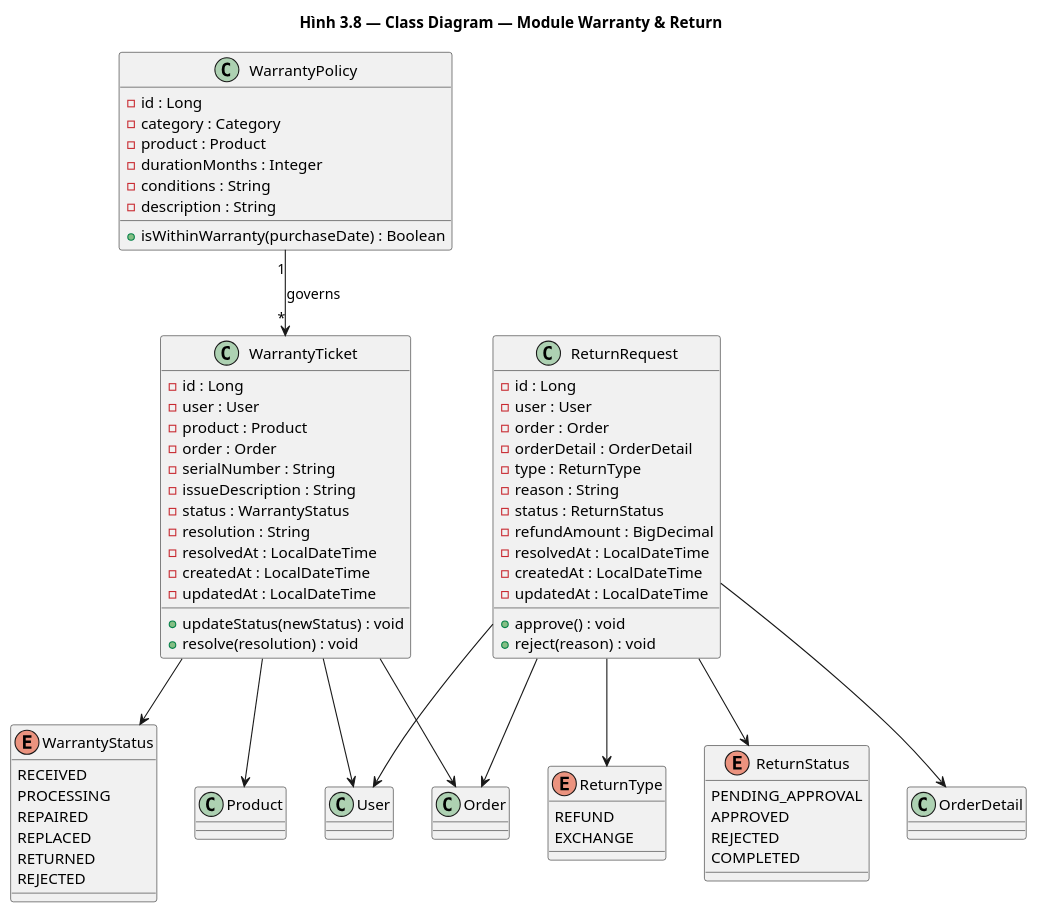
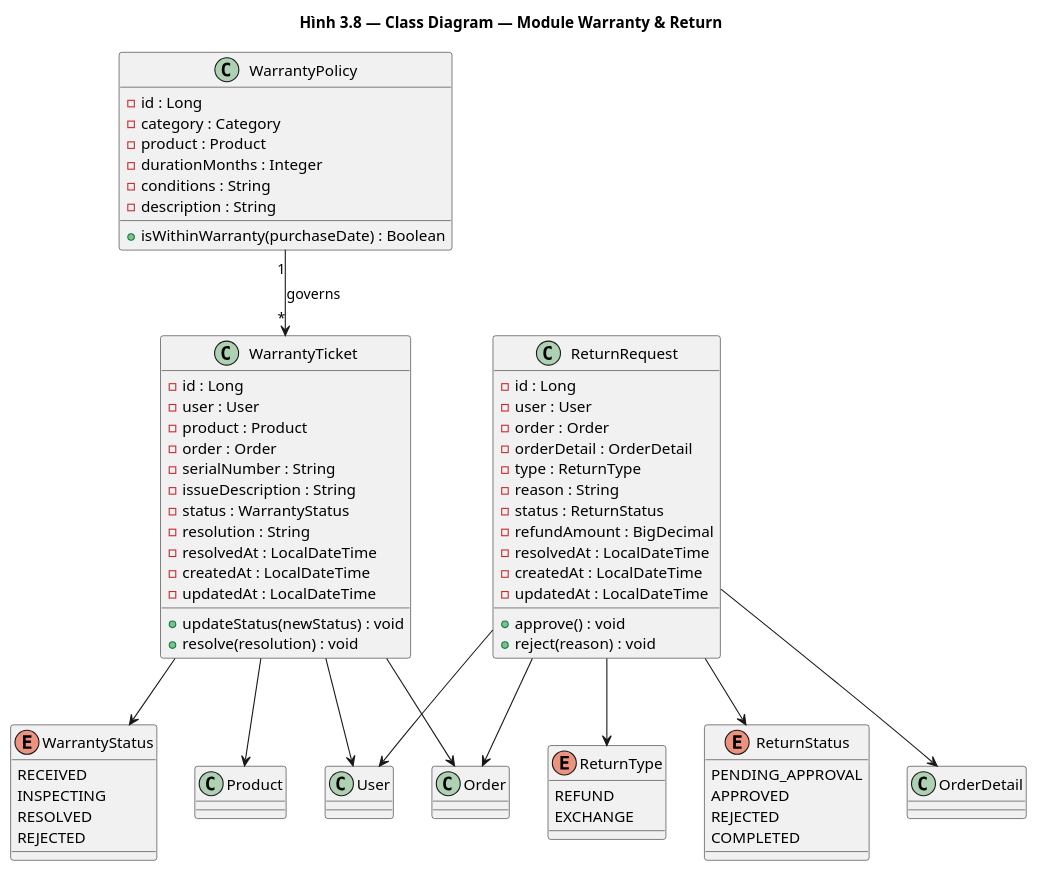
The tenth of 11 diagrams in docs/design.md (huuhieu56/PC-Parts-ECommerce), drawn with PlantUML before and after one commit. The commit also changed other lines of this file and 4 other files, not shown here.

````diff
--- a/docs/design.md
+++ b/docs/design.md
@@ -913,80 +913,78 @@
 ```plantuml
 @startuml class_warranty
 title Hình 3.8 — Class Diagram — Module Warranty & Return
 
 class WarrantyPolicy {
     - id : Long
     - category : Category
     - product : Product
     - durationMonths : Integer
     - conditions : String
     - description : String
     + isWithinWarranty(purchaseDate) : Boolean
 }
 
 class WarrantyTicket {
     - id : Long
     - user : User
     - product : Product
     - order : Order
     - serialNumber : String
     - issueDescription : String
     - status : WarrantyStatus
     - resolution : String
     - resolvedAt : LocalDateTime
     - createdAt : LocalDateTime
     - updatedAt : LocalDateTime
     + updateStatus(newStatus) : void
     + resolve(resolution) : void
 }
 
 class ReturnRequest {
     - id : Long
     - user : User
     - order : Order
     - orderDetail : OrderDetail
     - type : ReturnType
     - reason : String
     - status : ReturnStatus
     - refundAmount : BigDecimal
     - resolvedAt : LocalDateTime
     - createdAt : LocalDateTime
     - updatedAt : LocalDateTime
     + approve() : void
     + reject(reason) : void
 }
 
 enum WarrantyStatus {
     RECEIVED
-    PROCESSING
-    REPAIRED
-    REPLACED
-    RETURNED
+    INSPECTING
+    RESOLVED
     REJECTED
 }
 
 enum ReturnType {
     REFUND
     EXCHANGE
 }
 
 enum ReturnStatus {
     PENDING_APPROVAL
     APPROVED
     REJECTED
     COMPLETED
 }
 
 WarrantyPolicy "1" --> "*" WarrantyTicket : governs
 WarrantyTicket --> WarrantyStatus
 WarrantyTicket --> User
 WarrantyTicket --> Product
 WarrantyTicket --> Order
 
 ReturnRequest --> ReturnType
 ReturnRequest --> ReturnStatus
 ReturnRequest --> User
 ReturnRequest --> Order
 ReturnRequest --> OrderDetail
 @enduml
 ```
````
